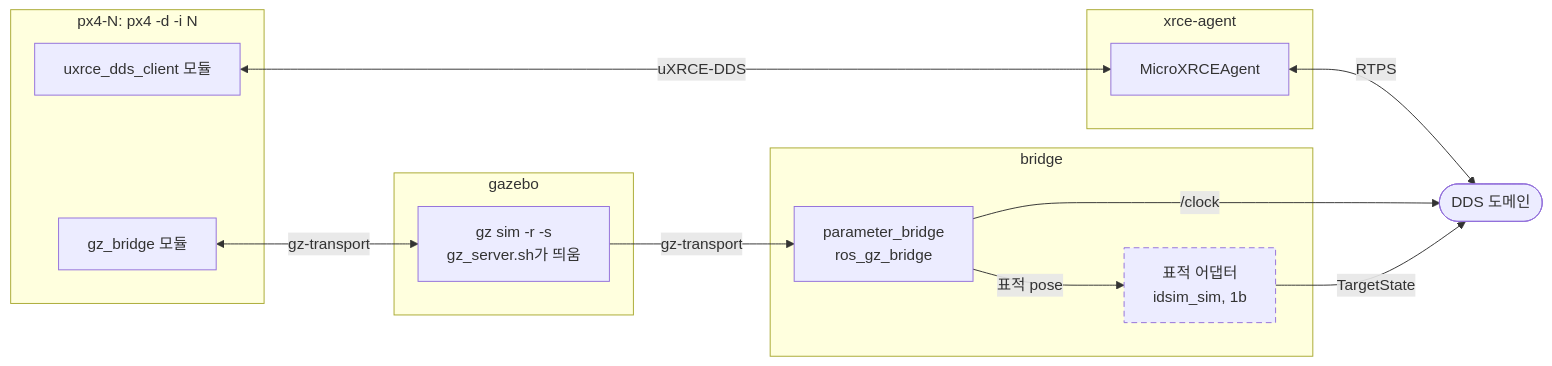
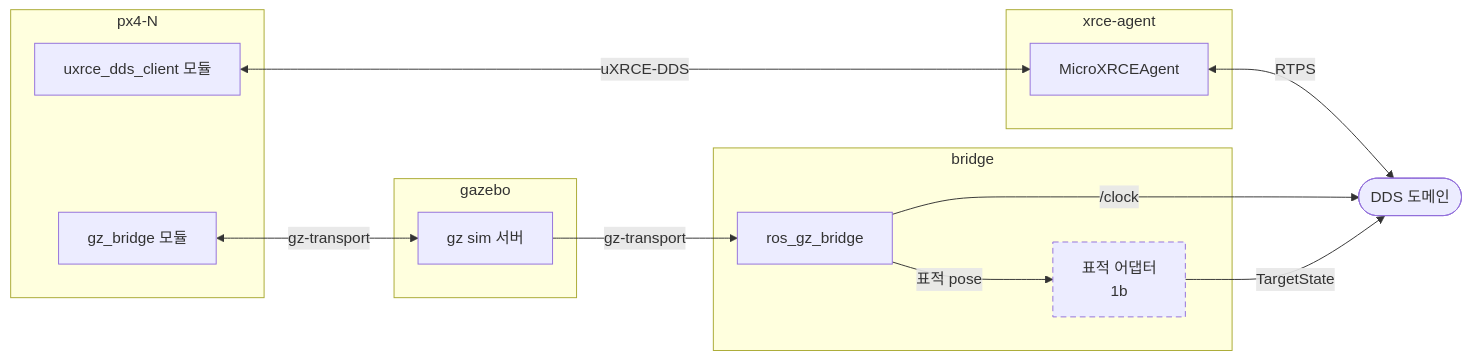
Before and after one commit to danielhongwoo/idsim: the fourth of 8 diagrams in docs/architecture.md, drawn with Mermaid. The commit also changed other lines of this file and 1 other file, not shown here.

First line of the commit message:
architecture.md의 모든 그림을 더 작은 기준으로 다시 나눔

````diff
--- a/docs/architecture.md
+++ b/docs/architecture.md
@@ -240,29 +238,29 @@
 ```mermaid
 flowchart LR
-  subgraph PXC["px4-N: px4 -d -i N"]
+  subgraph PXC["px4-N"]
     UX["uxrce_dds_client 모듈"]
     GB["gz_bridge 모듈"]
   end
   subgraph AGC["xrce-agent"]
     AGP["MicroXRCEAgent"]
   end
   subgraph GZC["gazebo"]
-    GZP["gz sim -r -s<br/>gz_server.sh가 띄움"]
+    GZP["gz sim 서버"]
   end
   subgraph BRC["bridge"]
-    BRP["parameter_bridge<br/>ros_gz_bridge"]
-    TA["표적 어댑터<br/>idsim_sim, 1b"]
+    BRP["ros_gz_bridge"]
+    TA["표적 어댑터<br/>1b"]
   end
   DDS1(["DDS 도메인"])
 
   UX <-->|"uXRCE-DDS"| AGP
   GB <-->|"gz-transport"| GZP
   AGP <-->|"RTPS"| DDS1
   GZP -->|"gz-transport"| BRP
   BRP -->|"표적 pose"| TA
   BRP -->|"/clock"| DDS1
   TA -->|"TargetState"| DDS1
 
   classDef later stroke-dasharray: 6 4
   class TA later
 ```
````
